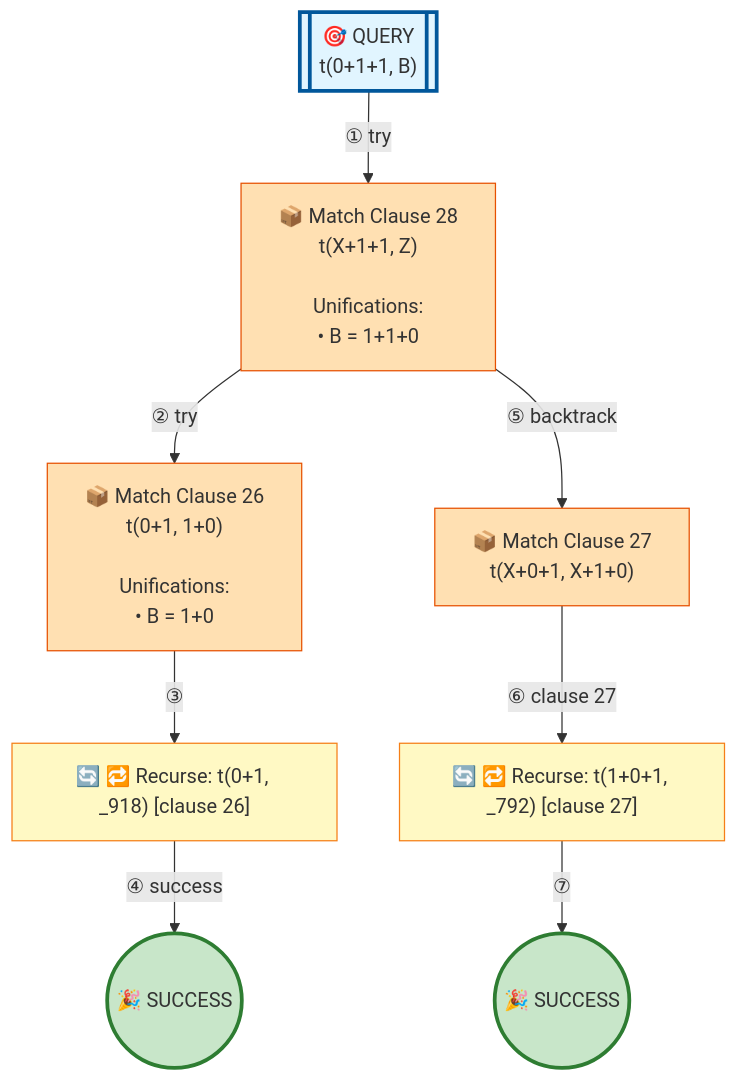
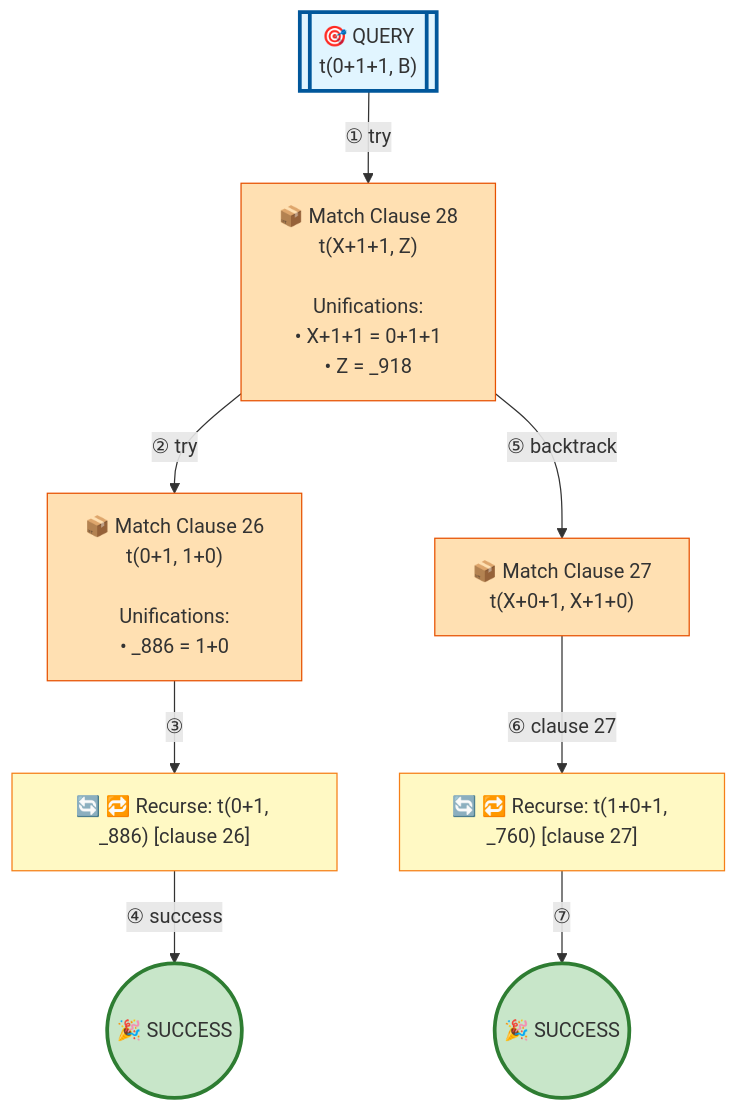
One commit to jarecsni/prolog-trace-viz changed the diagram in examples/3_3_operators-detailed.md. Above: the diagram before and after it, drawn with Mermaid. The commit also changed other lines of this file and 3 other files, not shown here.

````diff
--- a/examples/3_3_operators-detailed.md
+++ b/examples/3_3_operators-detailed.md
@@ -19,32 +19,32 @@
 ```mermaid
 graph TD
 
 %% Nodes
 A[["🎯 QUERY<br/>t(0+1+1, B)"]]
-B["📦 Match Clause 28<br/>t(X+1+1, Z)<br/><br/>Unifications:<br/>• B = 1+1+0"]
-C["🔄 🔁 Recurse: t(0+1, _918) [clause 26]"]
-D["📦 Match Clause 26<br/>t(0+1, 1+0)<br/><br/>Unifications:<br/>• B = 1+0"]
+B["📦 Match Clause 28<br/>t(X+1+1, Z)<br/><br/>Unifications:<br/>• X+1+1 = 0+1+1<br/>• Z = _918"]
+C["🔄 🔁 Recurse: t(0+1, _886) [clause 26]"]
+D["📦 Match Clause 26<br/>t(0+1, 1+0)<br/><br/>Unifications:<br/>• _886 = 1+0"]
 E(("🎉 SUCCESS"))
 F["📦 Match Clause 27<br/>t(X+0+1, X+1+0)"]
-G["🔄 🔁 Recurse: t(1+0+1, _792) [clause 27]"]
+G["🔄 🔁 Recurse: t(1+0+1, _760) [clause 27]"]
 H(("🎉 SUCCESS"))
 
 %% Edges
 A -->|"① try"| B
 B -->|"② try"| D
 D -->|"③"| C
 C -->|"④ success"| E
 B -->|"⑤ backtrack"| F
 F -->|"⑥ clause 27"| G
 G -->|"⑦"| H
 
 %% Styles
 style A fill:#e1f5ff,stroke:#01579b,stroke-width:3px
 style B fill:#ffe0b2,stroke:#e65100
 style C fill:#fff9c4,stroke:#f57f17
 style D fill:#ffe0b2,stroke:#e65100
 style E fill:#c8e6c9,stroke:#2e7d32,stroke-width:3px
 style F fill:#ffe0b2,stroke:#e65100
 style G fill:#fff9c4,stroke:#f57f17
 style H fill:#c8e6c9,stroke:#2e7d32,stroke-width:3px
 ```
````
